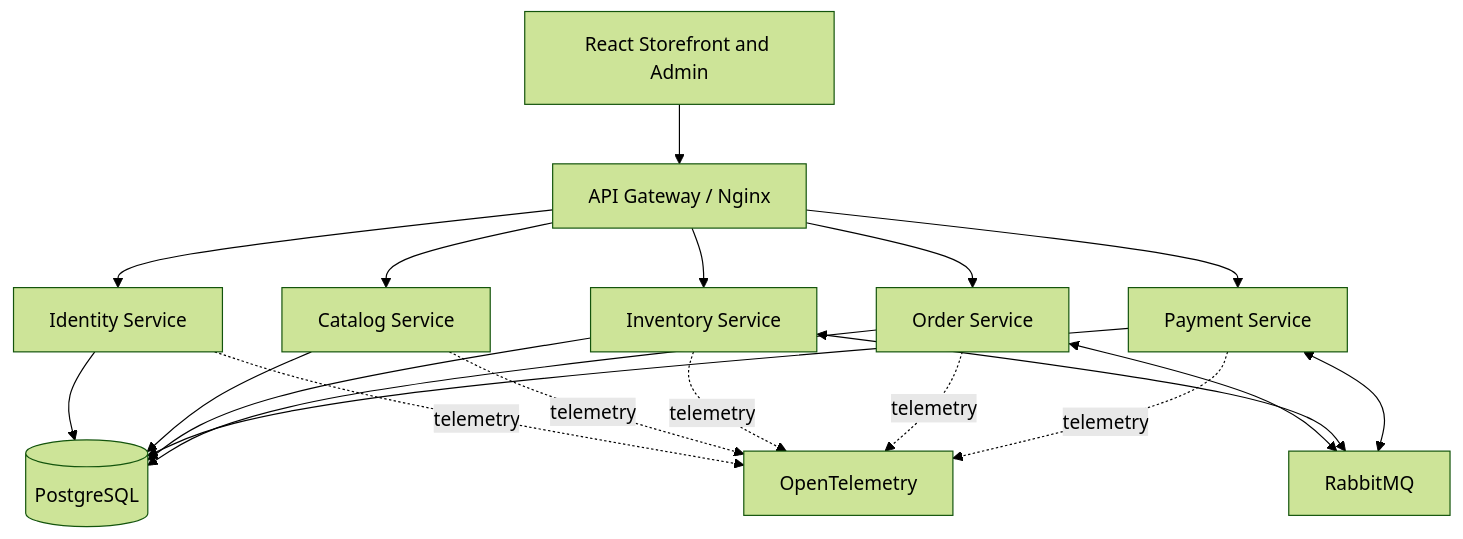
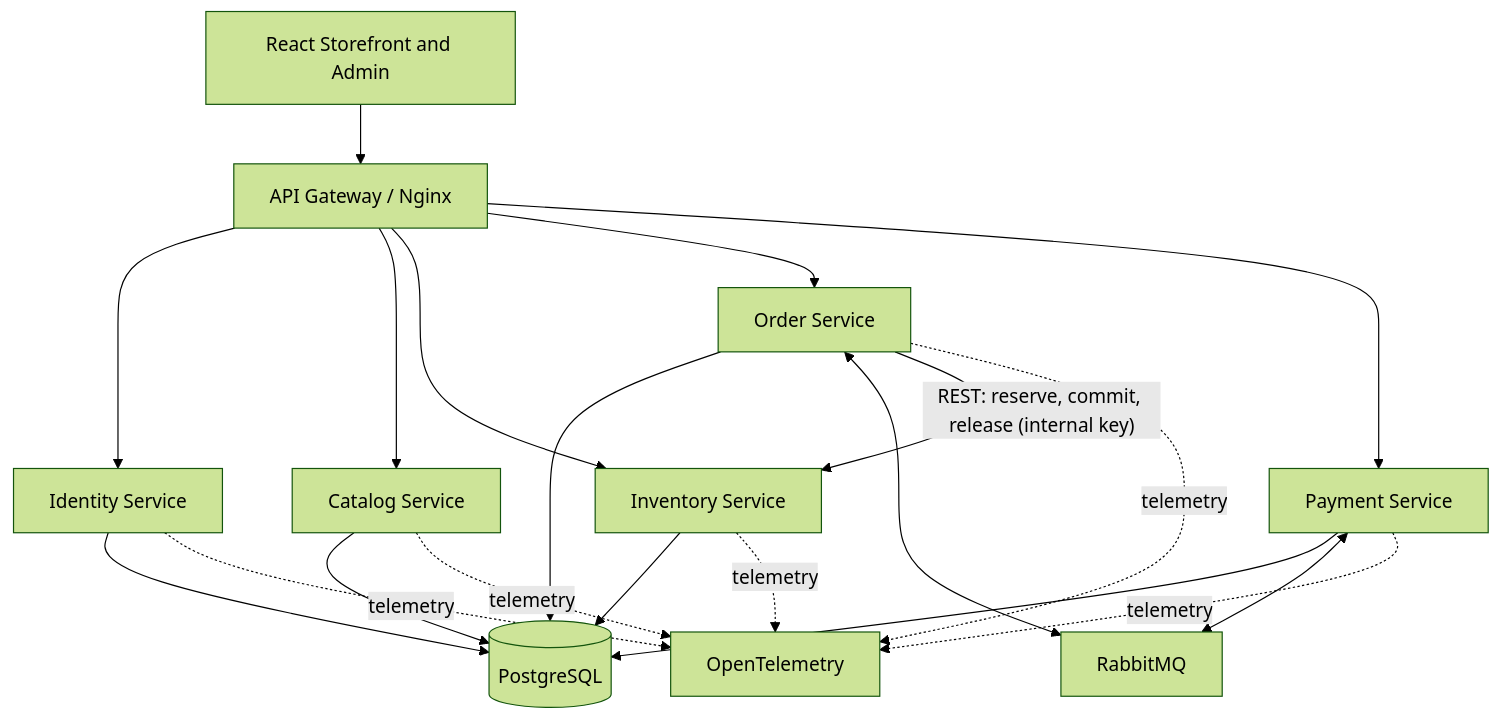
One commit to Furkanturan8/rovena changed the first of 2 diagrams in docs/architecture.md. Above: the diagram before and after it, drawn with Mermaid (forest theme). The commit also changed other lines of this file and 12 other files, not shown here.

````diff
--- a/docs/architecture.md
+++ b/docs/architecture.md
@@ -13,39 +13,39 @@
 ```mermaid
 flowchart TD
     Client[React Storefront and Admin]
     Gateway[API Gateway / Nginx]
 
     Identity[Identity Service]
     Catalog[Catalog Service]
     Inventory[Inventory Service]
     Order[Order Service]
     Payment[Payment Service]
 
     RabbitMQ[RabbitMQ]
     PostgreSQL[(PostgreSQL)]
     Observability[OpenTelemetry]
 
     Client --> Gateway
 
     Gateway --> Identity
     Gateway --> Catalog
     Gateway --> Inventory
     Gateway --> Order
     Gateway --> Payment
 
     Identity --> PostgreSQL
     Catalog --> PostgreSQL
     Inventory --> PostgreSQL
     Order --> PostgreSQL
     Payment --> PostgreSQL
 
     Order <--> RabbitMQ
-    Inventory <--> RabbitMQ
     Payment <--> RabbitMQ
+    Order -->|"REST: reserve, commit, release (internal key)"| Inventory
 
     Identity -. telemetry .-> Observability
     Catalog -. telemetry .-> Observability
     Inventory -. telemetry .-> Observability
     Order -. telemetry .-> Observability
     Payment -. telemetry .-> Observability
 ```
````
